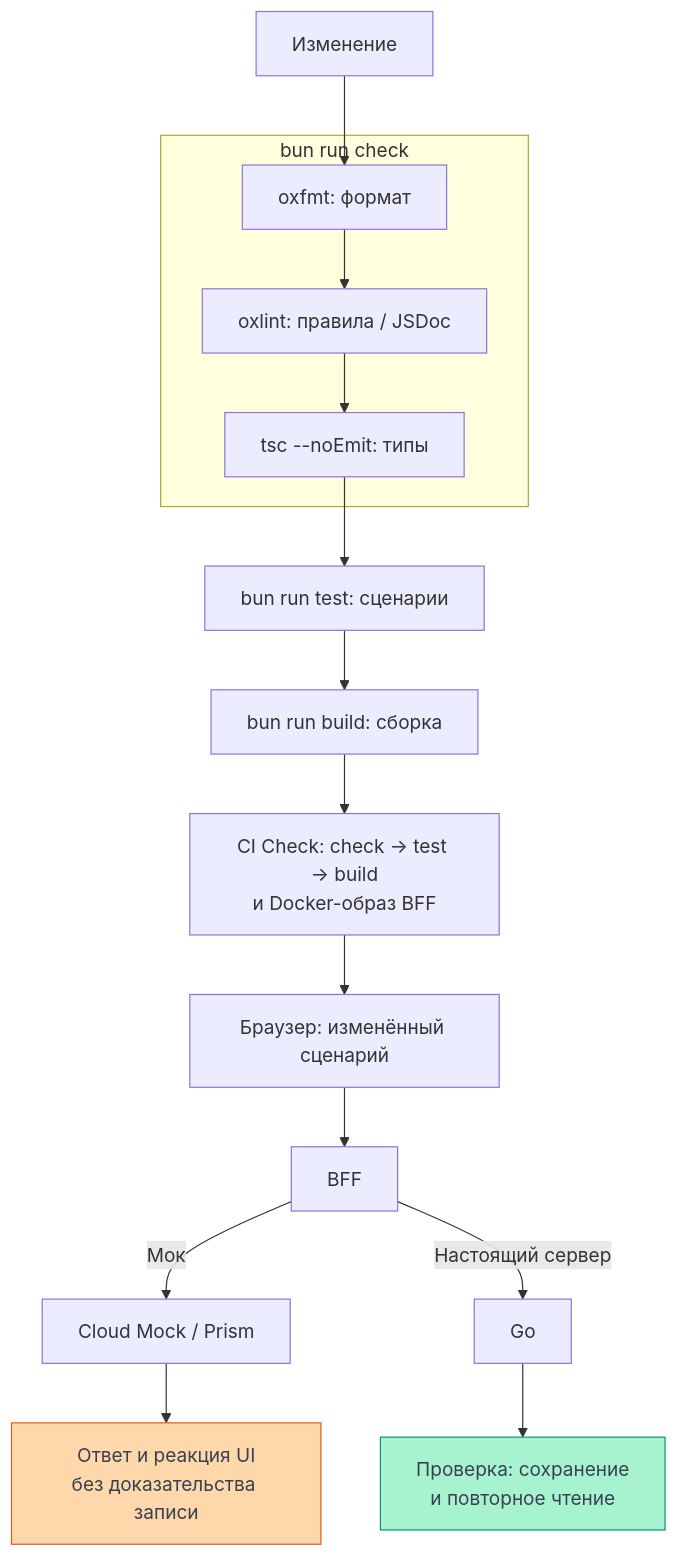
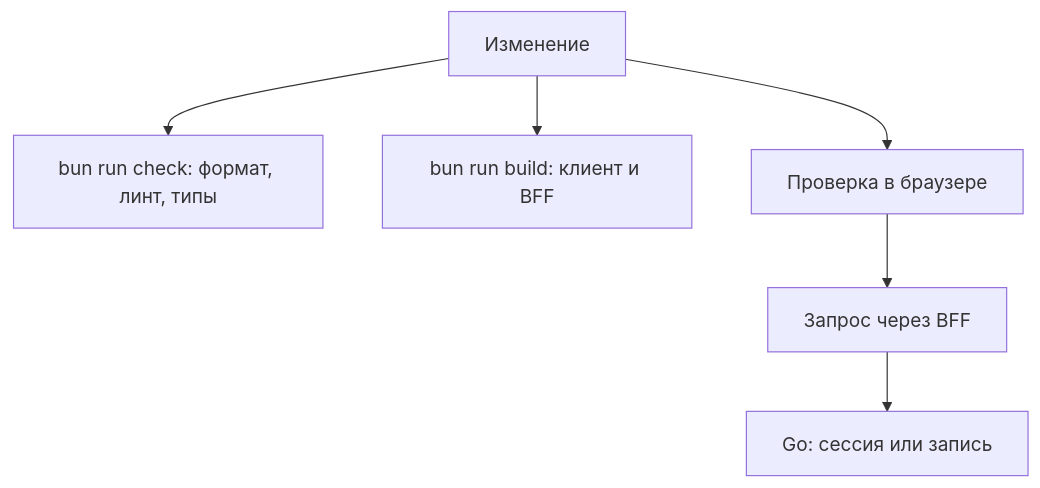
Before and after one commit to Cringe-Driven-Development-Team/docs: the diagram in site/documentation/frontend/checks.md, drawn with Mermaid. The commit also changed other lines of this file and 9 other files, not shown here.

````diff
--- a/site/documentation/frontend/checks.md
+++ b/site/documentation/frontend/checks.md
@@ -34,22 +24,8 @@
 ```mermaid
-%% Flowchart: путь изменения через команды; границы check, CI и свидетельства записи различаются.
 flowchart TD
-    change["Изменение"] --> format
-    subgraph localCheck["bun run check"]
-        format["oxfmt: формат"] --> lint["oxlint: правила / JSDoc"]
-        lint --> types["tsc --noEmit: типы"]
-    end
-    types --> tests["bun run test: сценарии"]
-    tests --> build["bun run build: сборка"]
-    build --> ci["CI Check: check → test → build<br/>и Docker-образ BFF"]
-    ci --> client["Браузер: изменённый сценарий"]
-    client --> bff["BFF"]
-    bff -->|"Мок"| mock["Cloud Mock / Prism"]
-    mock --> ui["Ответ и реакция UI<br/>без доказательства записи"]
-    bff -->|"Настоящий сервер"| go["Go"]
-    go --> persistence["Проверка: сохранение<br/>и повторное чтение"]
-    classDef limited fill:#fed7aa,stroke:#ea580c,color:#374151
-    classDef evidence fill:#a7f3d0,stroke:#059669,color:#374151
-    class ui limited
-    class persistence evidence
+    change["Изменение"] --> check["bun run check: формат, линт, типы"]
+    change --> build["bun run build: клиент и BFF"]
+    change --> browser["Проверка в браузере"]
+    browser --> bff["Запрос через BFF"]
+    bff --> go["Go: сессия или запись"]
 ```
````
